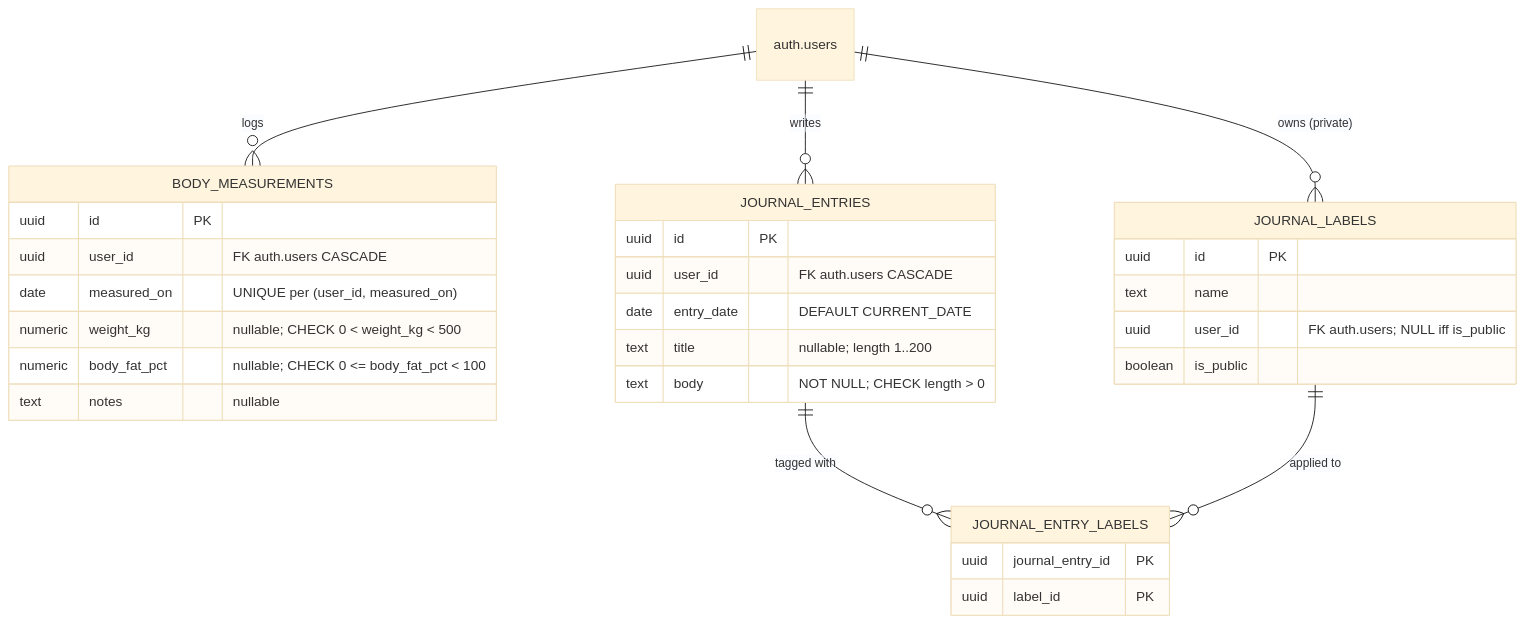
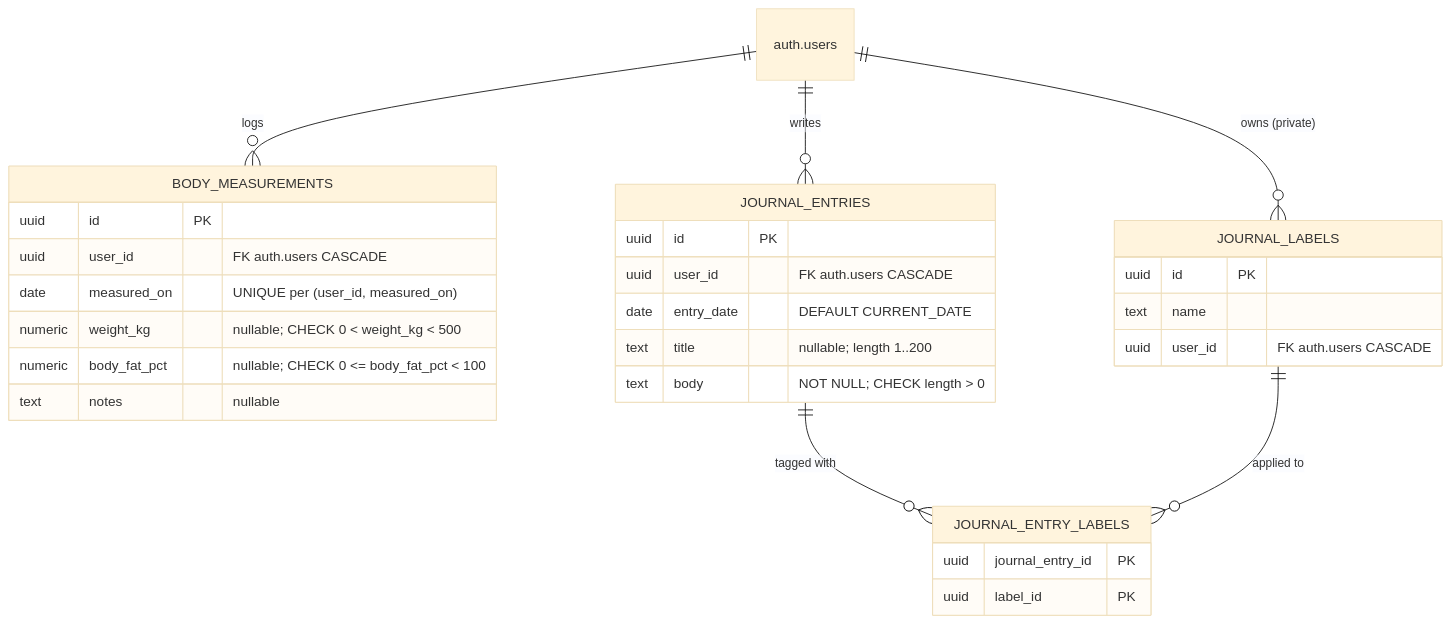
One commit to dbarrosop/neogym changed the third of 3 diagrams in docs/developers/database.md. Above: the diagram before and after it, drawn with Mermaid (base theme). The commit also changed other lines of this file and 3 other files, not shown here.

````diff
--- a/docs/developers/database.md
+++ b/docs/developers/database.md
@@ -122,40 +122,39 @@
 ```mermaid
 erDiagram
     USERS["auth.users"]
 
     BODY_MEASUREMENTS {
         uuid id PK
         uuid user_id "FK auth.users CASCADE"
         date measured_on "UNIQUE per (user_id, measured_on)"
         numeric weight_kg "nullable; CHECK 0 < weight_kg < 500"
         numeric body_fat_pct "nullable; CHECK 0 <= body_fat_pct < 100"
         text notes "nullable"
     }
 
     JOURNAL_ENTRIES {
         uuid id PK
         uuid user_id "FK auth.users CASCADE"
         date entry_date "DEFAULT CURRENT_DATE"
         text title "nullable; length 1..200"
         text body "NOT NULL; CHECK length > 0"
     }
 
     JOURNAL_LABELS {
         uuid id PK
         text name
-        uuid user_id "FK auth.users; NULL iff is_public"
-        boolean is_public
+        uuid user_id "FK auth.users CASCADE"
     }
 
     JOURNAL_ENTRY_LABELS {
         uuid journal_entry_id PK
         uuid label_id PK
     }
 
     USERS ||--o{ BODY_MEASUREMENTS                : "logs"
     USERS ||--o{ JOURNAL_ENTRIES                  : "writes"
     USERS ||--o{ JOURNAL_LABELS                   : "owns (private)"
 
     JOURNAL_ENTRIES ||--o{ JOURNAL_ENTRY_LABELS   : "tagged with"
     JOURNAL_LABELS  ||--o{ JOURNAL_ENTRY_LABELS   : "applied to"
 ```
````
